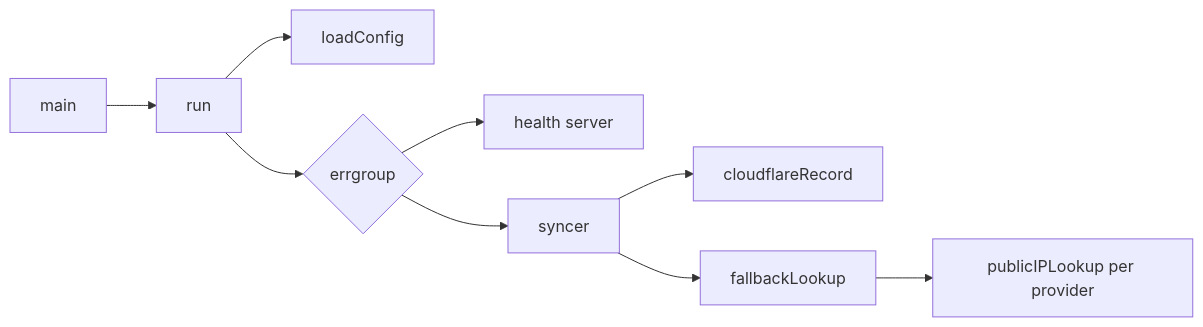
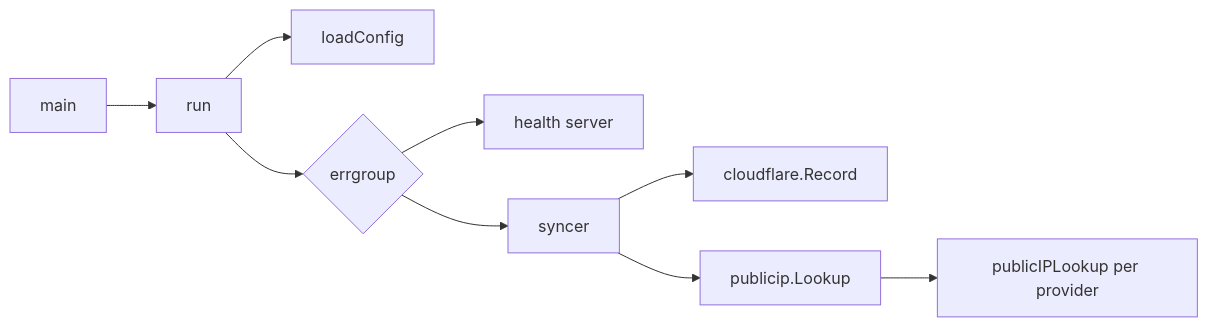
Before and after one commit to TheRyanHowell/cloudflare-ddns-go: the diagram in docs/architecture.md, drawn with Mermaid. The commit also changed other lines of this file and 1 other file, not shown here.

````diff
--- a/docs/architecture.md
+++ b/docs/architecture.md
@@ -20,11 +20,11 @@
 ```mermaid
 flowchart LR
     main --> run
     run --> config[loadConfig]
     run --> group{errgroup}
     group --> health[health server]
     group --> syncer
-    syncer --> record[cloudflareRecord]
-    syncer --> lookup[fallbackLookup]
+    syncer --> record[cloudflare.Record]
+    syncer --> lookup[publicip.Lookup]
     lookup --> providers[publicIPLookup per provider]
 ```
````
